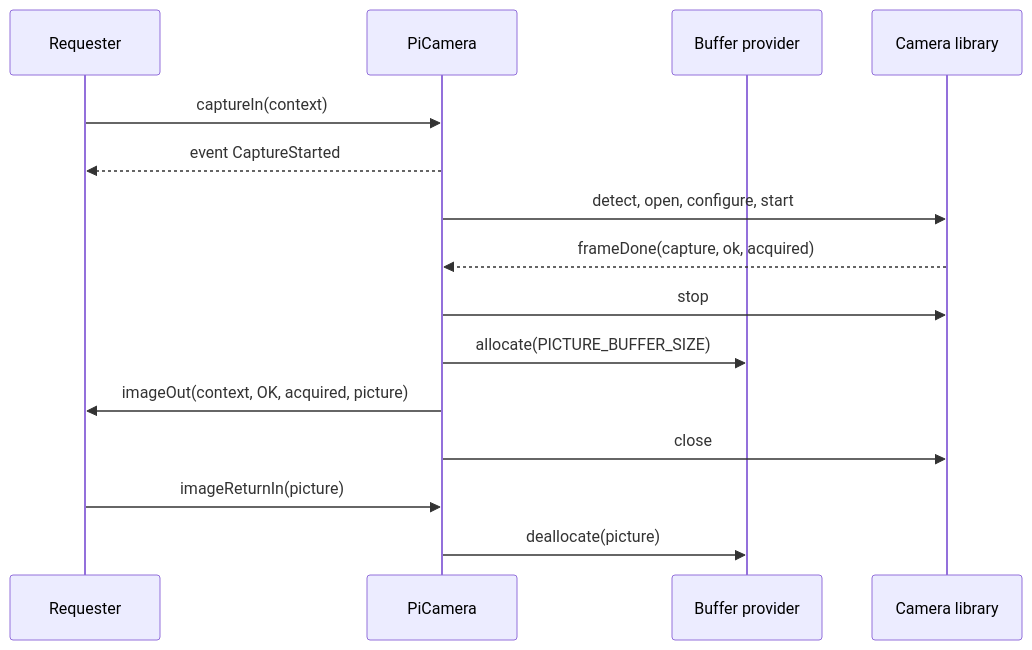
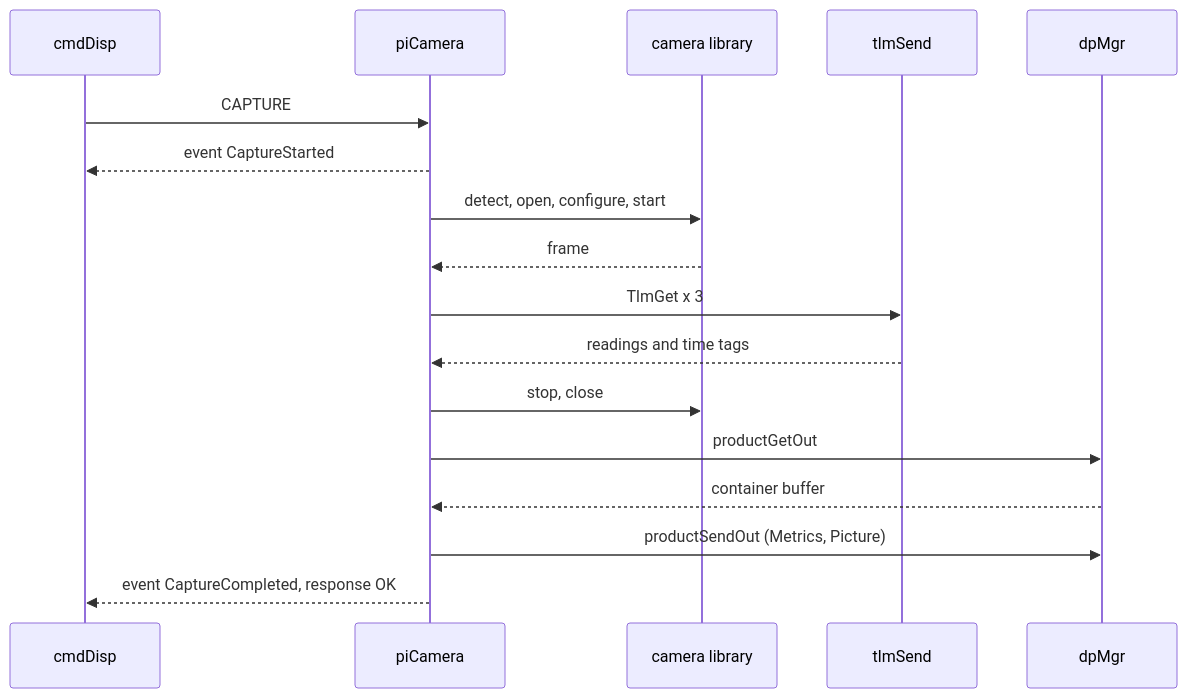
Before and after one commit to lestarch-autobot/fprime-pi-sensor-reference: the second of 2 diagrams in Components/PiCamera/docs/sdd.md, drawn with Mermaid. The commit also changed other lines of this file and 9 other files, not shown here.

Commit message:
PiCamera: redesign for the data product scope

````diff
--- a/Components/PiCamera/docs/sdd.md
+++ b/Components/PiCamera/docs/sdd.md
@@ -263,17 +251,19 @@
 ```mermaid
 sequenceDiagram
-    participant R as Requester
-    participant C as PiCamera
-    participant B as Buffer provider
-    participant L as Camera library
-    R->>C: captureIn(context)
-    C-->>R: event CaptureStarted
+    participant G as cmdDisp
+    participant C as piCamera
+    participant L as camera library
+    participant T as tlmSend
+    participant D as dpMgr
+    G->>C: CAPTURE
+    C-->>G: event CaptureStarted
     C->>L: detect, open, configure, start
-    L-->>C: frameDone(capture, ok, acquired)
-    C->>L: stop
-    C->>B: allocate(PICTURE_BUFFER_SIZE)
-    C->>R: imageOut(context, OK, acquired, picture)
-    C->>L: close
-    R->>C: imageReturnIn(picture)
-    C->>B: deallocate(picture)
+    L-->>C: frame
+    C->>T: TlmGet x 3
+    T-->>C: readings and time tags
+    C->>L: stop, close
+    C->>D: productGetOut
+    D-->>C: container buffer
+    C->>D: productSendOut (Metrics, Picture)
+    C-->>G: event CaptureCompleted, response OK
 ```
````
